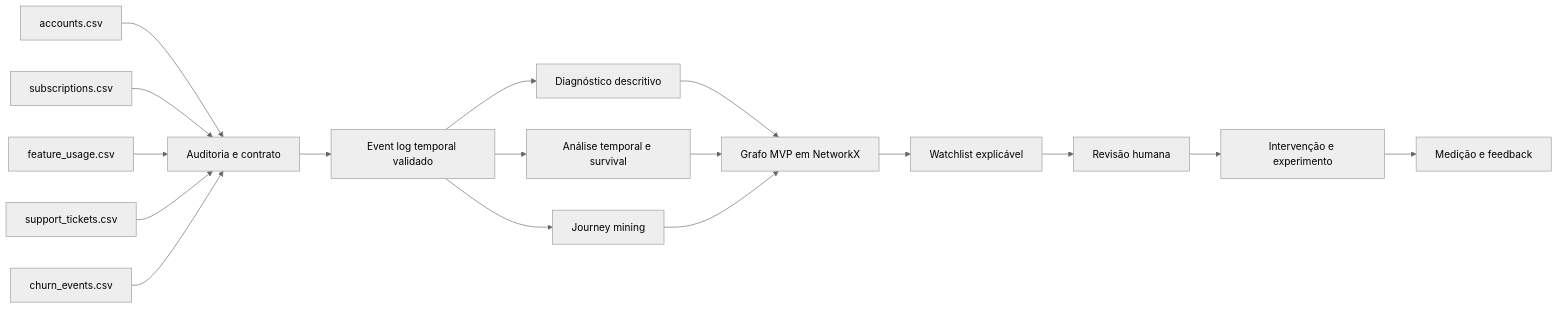
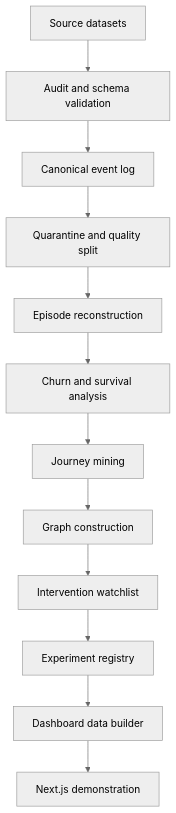
One commit to Gestao-Quatro-Ponto-Zero/ai-master-challenge changed the first of 2 diagrams in submissions/carlos-henrique/docs/architecture.md. Above: the diagram before and after it, drawn with Mermaid (neutral theme). The commit also changed other lines of this file and 7 other files, not shown here.

````diff
--- a/submissions/carlos-henrique/docs/architecture.md
+++ b/submissions/carlos-henrique/docs/architecture.md
@@ -36,19 +11,14 @@
 ```mermaid
-flowchart LR
-    A["accounts.csv"] --> Q["Auditoria e contrato"]
-    S["subscriptions.csv"] --> Q
-    U["feature_usage.csv"] --> Q
-    T["support_tickets.csv"] --> Q
-    C["churn_events.csv"] --> Q
-    Q --> E["Event log temporal validado"]
-    E --> D["Diagnóstico descritivo"]
-    E --> X["Análise temporal e survival"]
-    E --> J["Journey mining"]
-    D --> G["Grafo MVP em NetworkX"]
-    X --> G
-    J --> G
-    G --> W["Watchlist explicável"]
-    W --> H["Revisão humana"]
-    H --> I["Intervenção e experimento"]
-    I --> M["Medição e feedback"]
+flowchart TB
+    A["Source datasets"] --> B["Audit and schema validation"]
+    B --> C["Canonical event log"]
+    C --> D["Quarantine and quality split"]
+    D --> E["Episode reconstruction"]
+    E --> F["Churn and survival analysis"]
+    F --> G["Journey mining"]
+    G --> H["Graph construction"]
+    H --> I["Intervention watchlist"]
+    I --> J["Experiment registry"]
+    J --> K["Dashboard data builder"]
+    K --> L["Next.js demonstration"]
 ```
````
